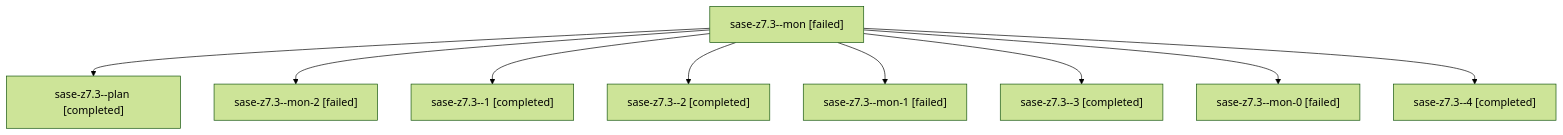
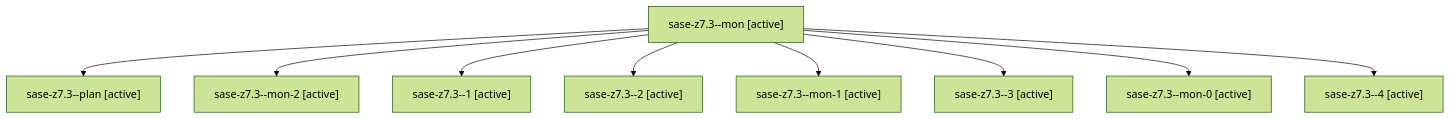
The diagram in families/bbugyi200.athena.sase-z7.3.md (sase-org/sase--agents), drawn with Mermaid (forest theme) before and after one commit. The commit also changed other lines of this file and 35830 other files, not shown here.

````diff
--- a/families/bbugyi200.athena.sase-z7.3.md
+++ b/families/bbugyi200.athena.sase-z7.3.md
@@ -9,20 +9,20 @@
 ```mermaid
 flowchart TD
-  n0["sase-z7.3--mon [failed]"]
-  n1["sase-z7.3--plan [completed]"]
+  n0["sase-z7.3--mon [active]"]
+  n1["sase-z7.3--plan [active]"]
   n0 --> n1
-  n2["sase-z7.3--mon-2 [failed]"]
+  n2["sase-z7.3--mon-2 [active]"]
   n0 --> n2
-  n3["sase-z7.3--1 [completed]"]
+  n3["sase-z7.3--1 [active]"]
   n0 --> n3
-  n4["sase-z7.3--2 [completed]"]
+  n4["sase-z7.3--2 [active]"]
   n0 --> n4
-  n5["sase-z7.3--mon-1 [failed]"]
+  n5["sase-z7.3--mon-1 [active]"]
   n0 --> n5
-  n6["sase-z7.3--3 [completed]"]
+  n6["sase-z7.3--3 [active]"]
   n0 --> n6
-  n7["sase-z7.3--mon-0 [failed]"]
+  n7["sase-z7.3--mon-0 [active]"]
   n0 --> n7
-  n8["sase-z7.3--4 [completed]"]
+  n8["sase-z7.3--4 [active]"]
   n0 --> n8
 ```
````
